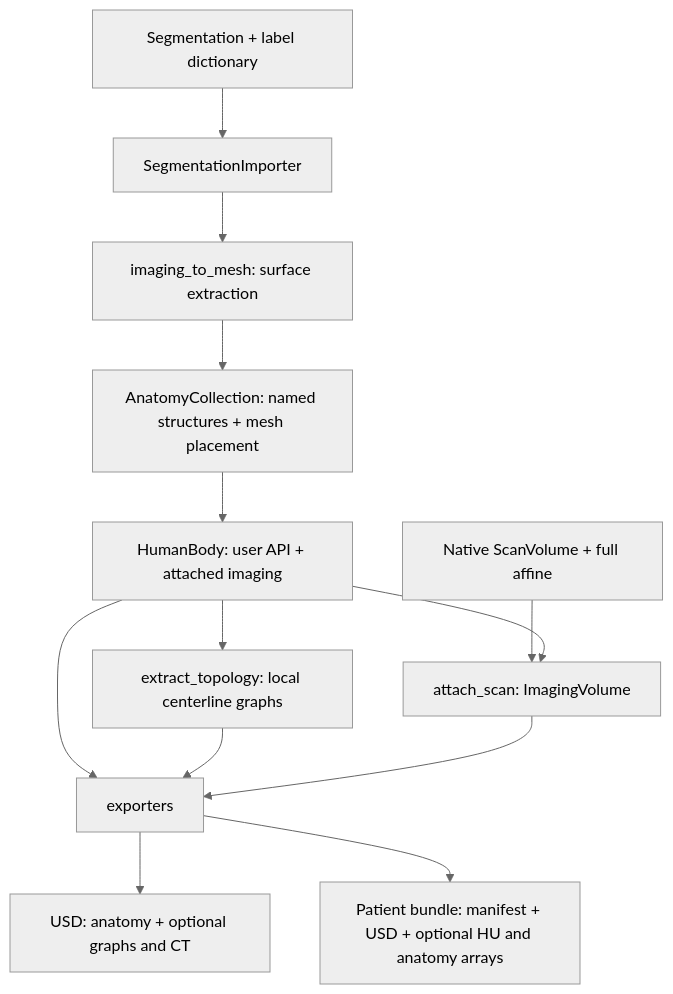
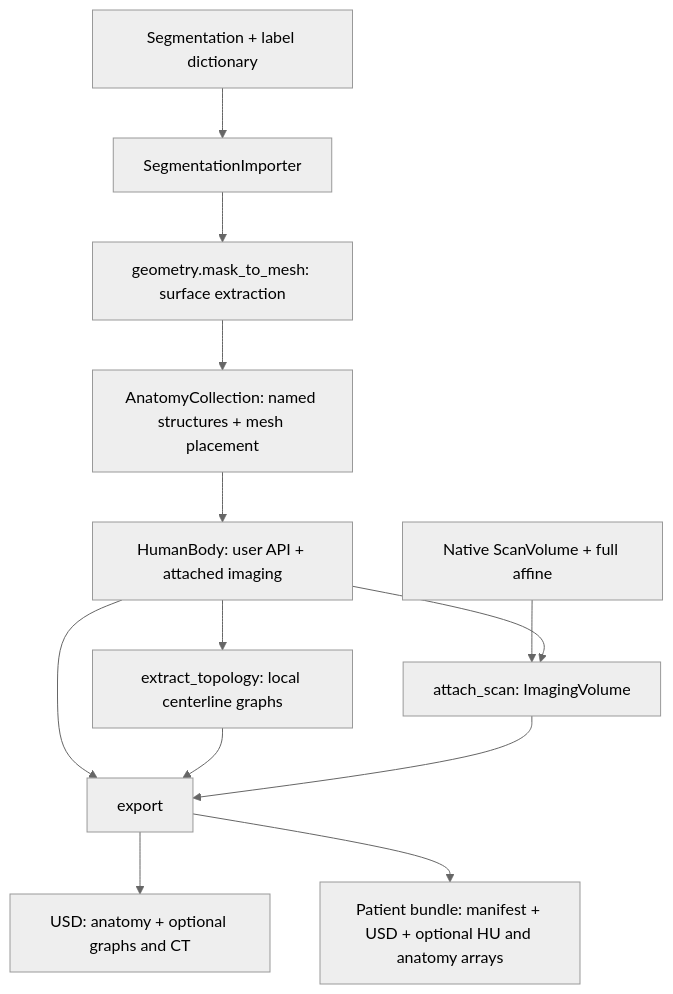
The diagram in patient-digital-twin/patient_digital_twin/README.md (isaac-for-healthcare/i4h-digital-twin), drawn with Mermaid (neutral theme) before and after one commit. The commit also changed other lines of this file and 48 other files, not shown here.

````diff
--- a/patient-digital-twin/patient_digital_twin/README.md
+++ b/patient-digital-twin/patient_digital_twin/README.md
@@ -9,15 +9,15 @@
 ```mermaid
 flowchart TD
     S["Segmentation + label dictionary"] --> I["SegmentationImporter"]
-    I --> M["imaging_to_mesh: surface extraction"]
+    I --> M["geometry.mask_to_mesh: surface extraction"]
     M --> A["AnatomyCollection: named structures + mesh placement"]
     A --> B["HumanBody: user API + attached imaging"]
     B --> T["extract_topology: local centerline graphs"]
     CT["Native ScanVolume + full affine"] --> V["attach_scan: ImagingVolume"]
     B --> V
-    B --> E["exporters"]
+    B --> E["export"]
     T --> E
     V --> E
     E --> U["USD: anatomy + optional graphs and CT"]
     E --> P["Patient bundle: manifest + USD + optional HU and anatomy arrays"]
 ```
````
